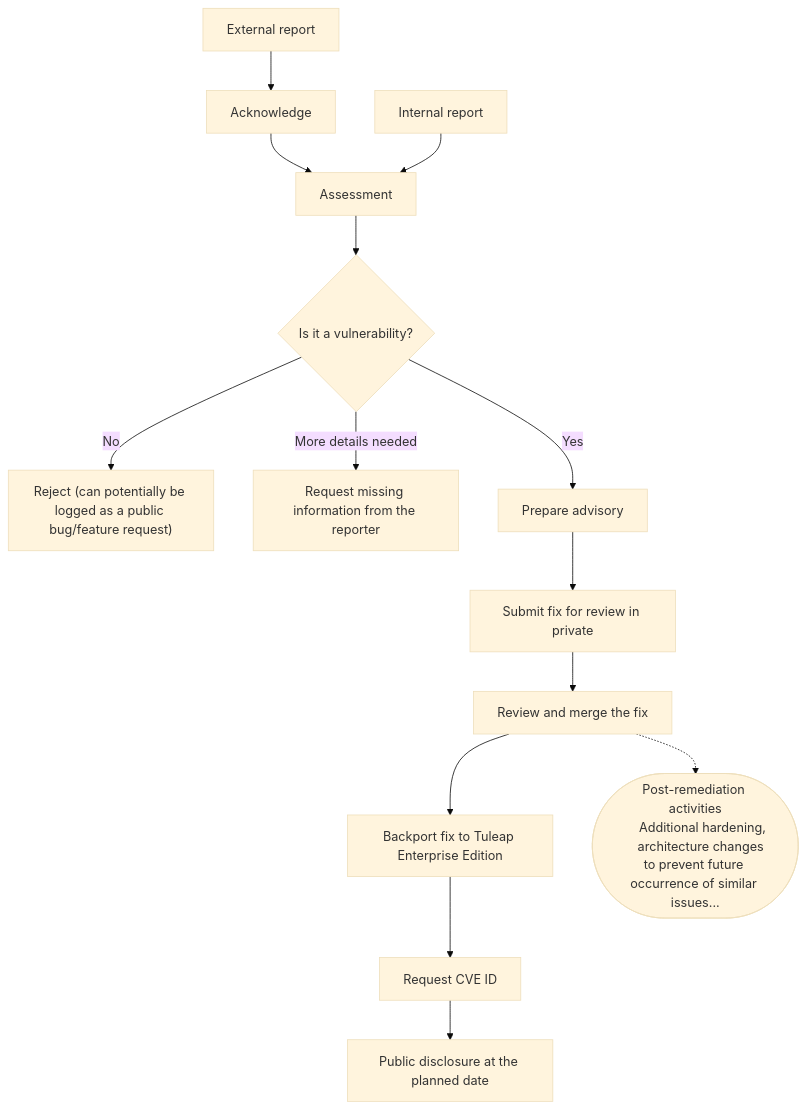
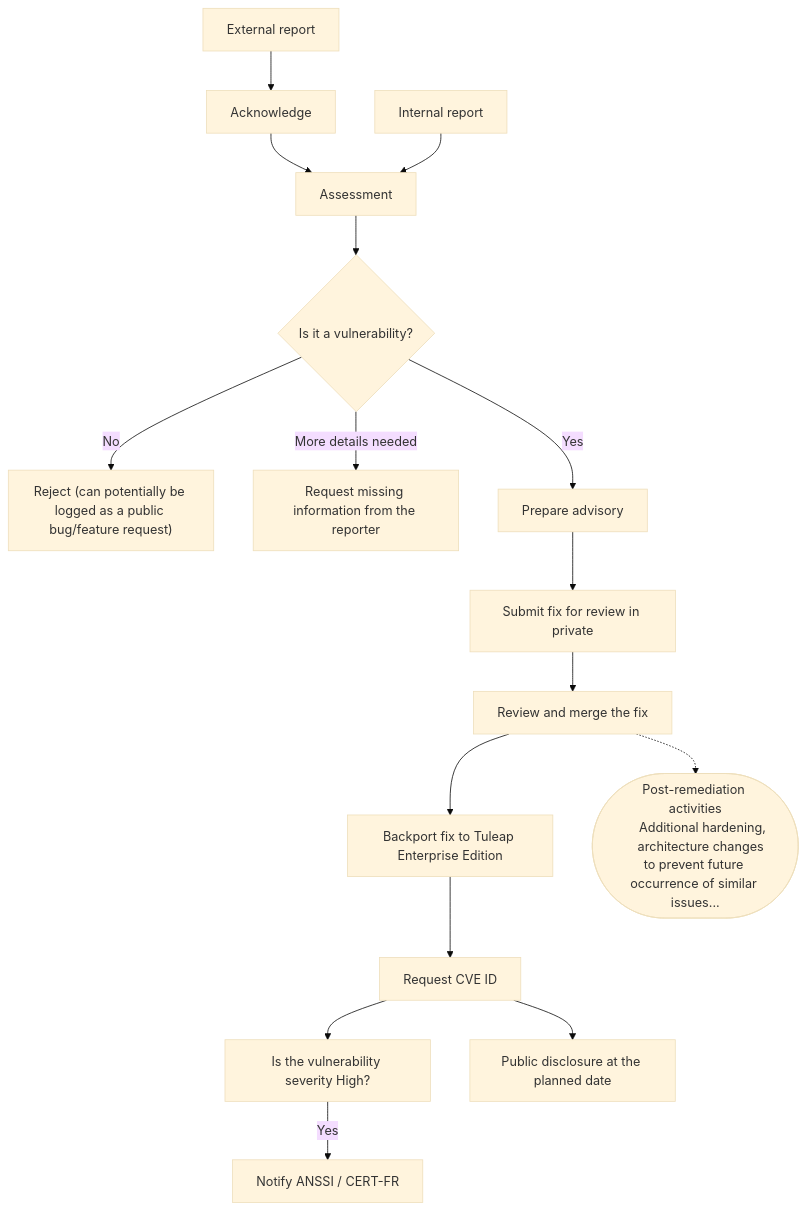
Before and after one commit to Enalean/tuleap: the diagram in doc/vulnerability-management/runbook-vulnerability-response.md, drawn with Mermaid (base theme). The commit also changed other lines of this file and 1 other file, not shown here.

First line of the commit message:
chore: request #38645 Add ANSSI/CERT-FR notification template to the vuln management process

````diff
--- a/doc/vulnerability-management/runbook-vulnerability-response.md
+++ b/doc/vulnerability-management/runbook-vulnerability-response.md
@@ -32,18 +35,20 @@
 ```mermaid
 flowchart TD
     ER[External report] --> ACK[Acknowledge]
     ACK --> AS
     IR[Internal report] --> AS
     AS[Assessment] --> CV{Is it a vulnerability?}
     CV -->|No| R["Reject (can potentially be logged as a public bug/feature request)"]
     CV -->|More details needed| M[Request missing information from the reporter]
     CV -->|Yes| P[Prepare advisory]
     P --> SF[Submit fix for review in private]
     SF --> RM[Review and merge the fix]
     RM --> B[Backport fix to Tuleap Enterprise Edition]
     B --> CVE[Request CVE ID]
+    CVE --> IS_SEVERE[Is the vulnerability severity High?]
+    IS_SEVERE -->|Yes| AUTHORITIES[Notify ANSSI / CERT-FR]
     CVE --> PD[Public disclosure at the planned date]
     RM  -.-> PR(["Post-remediation activities
     Additional hardening,
     architecture changes to prevent future occurrence of similar issues..."])
 ```
````
